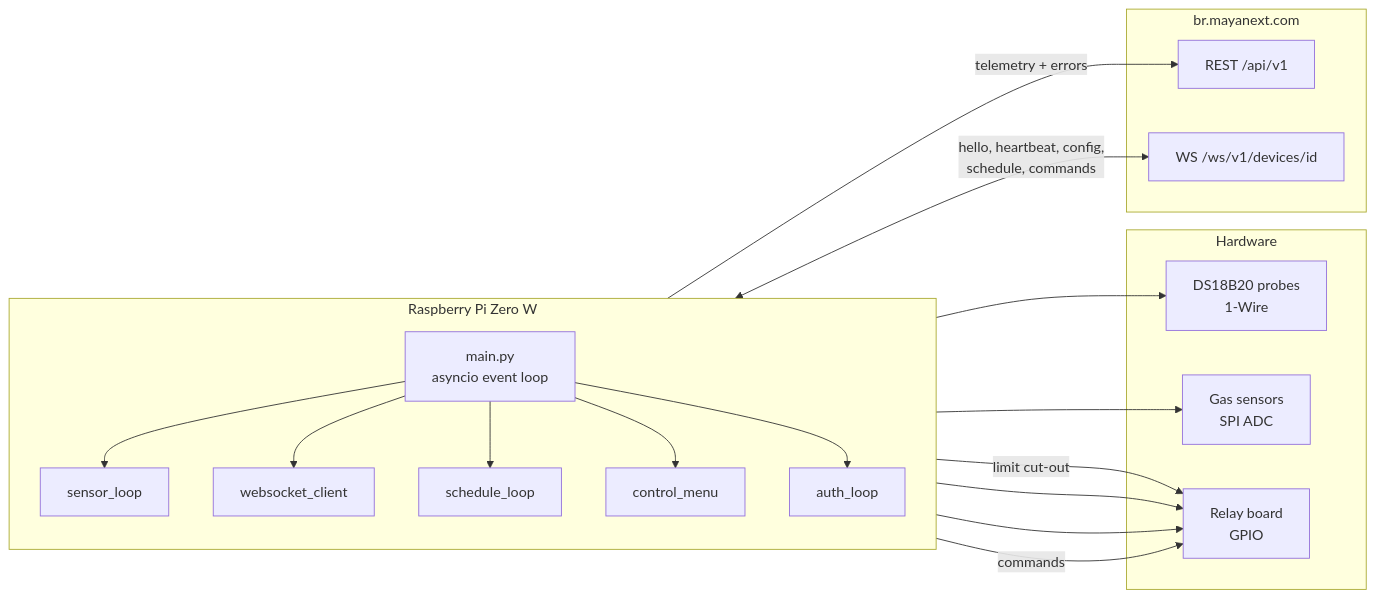
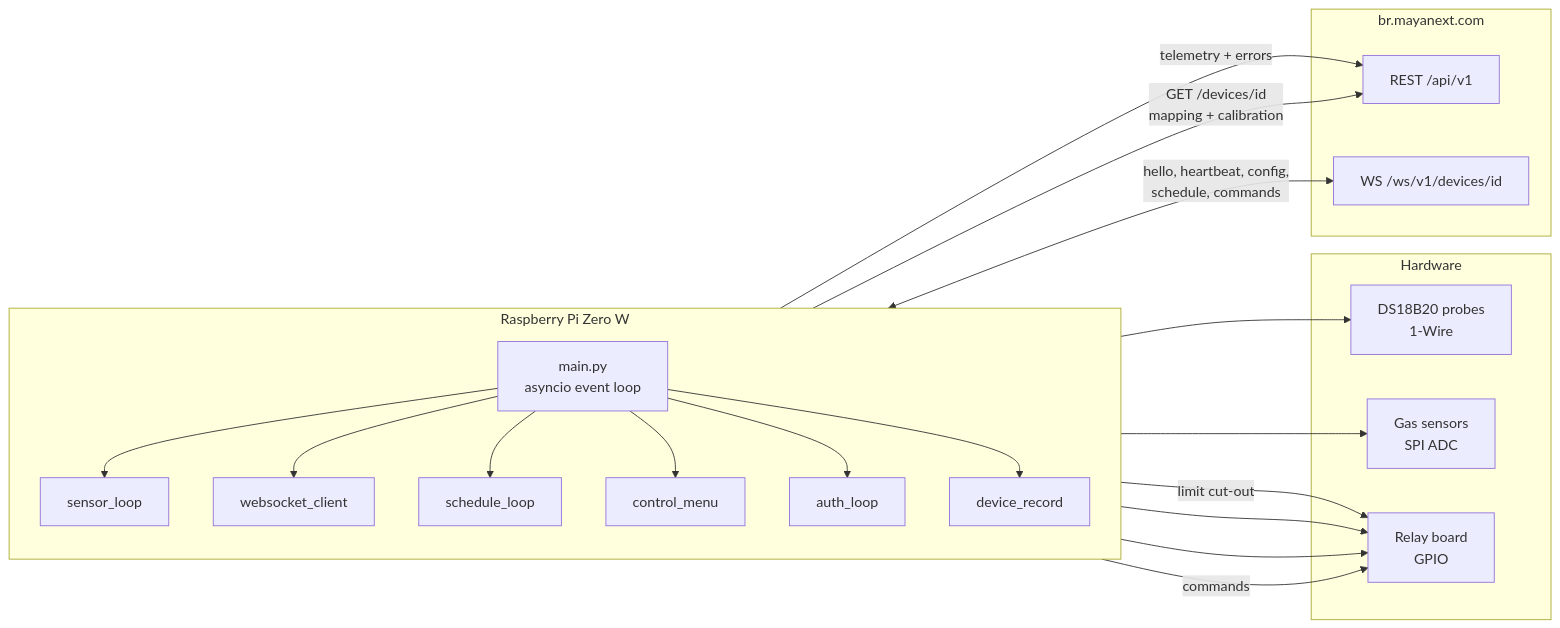
The first of 8 diagrams in README.md (mehrab-ghasemzadeh/boilerRoom-edge), drawn with Mermaid before and after one commit. The commit also changed other lines of this file and 26 other files, not shown here.

````diff
--- a/README.md
+++ b/README.md
@@ -19,37 +19,40 @@
 ```mermaid
 flowchart LR
     subgraph PI["Raspberry Pi Zero W"]
         direction TB
         MAIN["main.py<br/>asyncio event loop"]
         SENS["sensor_loop"]
         WSC["websocket_client"]
         SCHED["schedule_loop"]
         MENU["control_menu"]
         AUTH["auth_loop"]
+        REC["device_record"]
         MAIN --> SENS
         MAIN --> WSC
         MAIN --> SCHED
         MAIN --> MENU
         MAIN --> AUTH
+        MAIN --> REC
     end
 
     subgraph HW["Hardware"]
         DS["DS18B20 probes<br/>1-Wire"]
         ADC["Gas sensors<br/>SPI ADC"]
         RLY["Relay board<br/>GPIO"]
     end
 
     subgraph CLOUD["br.mayanext.com"]
         REST["REST /api/v1"]
         WSS["WS /ws/v1/devices/id"]
     end
 
     SENS --> DS
     SENS --> ADC
     SENS -->|limit cut-out| RLY
     SCHED --> RLY
     MENU --> RLY
     WSC -->|commands| RLY
     SENS -->|telemetry + errors| REST
+    REC -->|GET /devices/id<br/>mapping + calibration| REST
     WSC <-->|hello, heartbeat, config,<br/>schedule, commands| WSS
 ```
````
